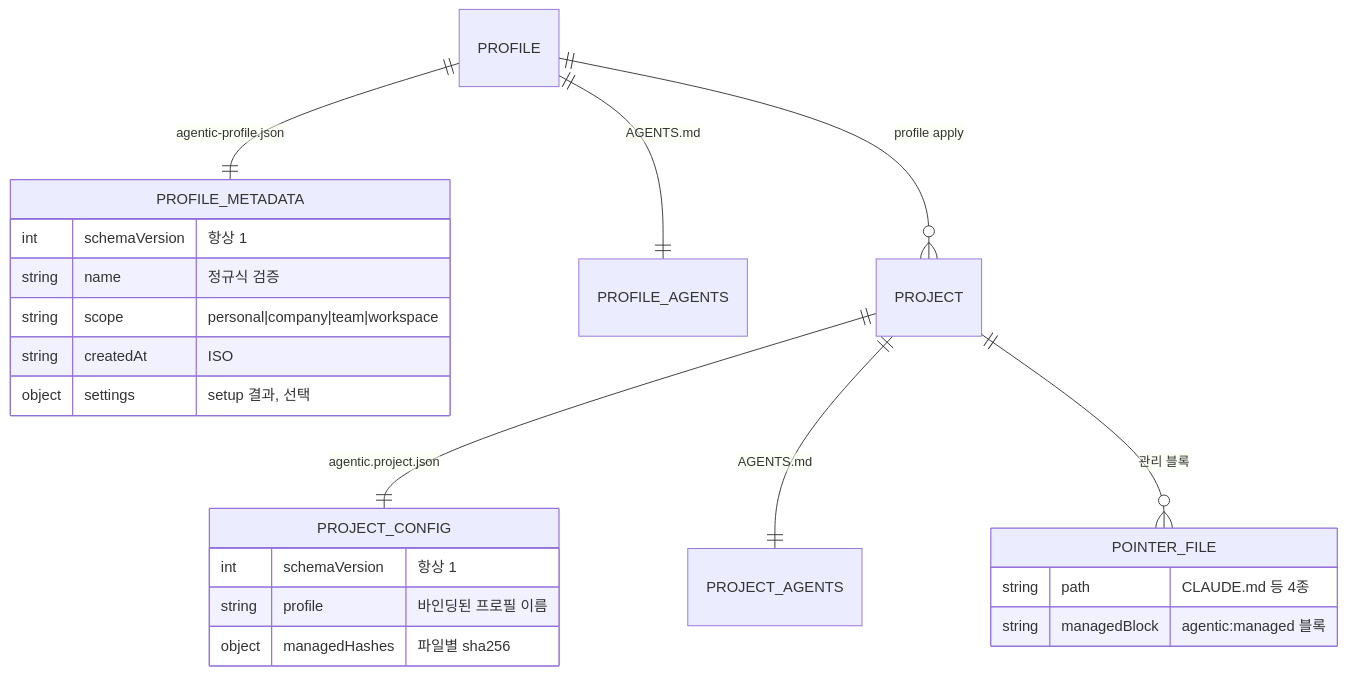
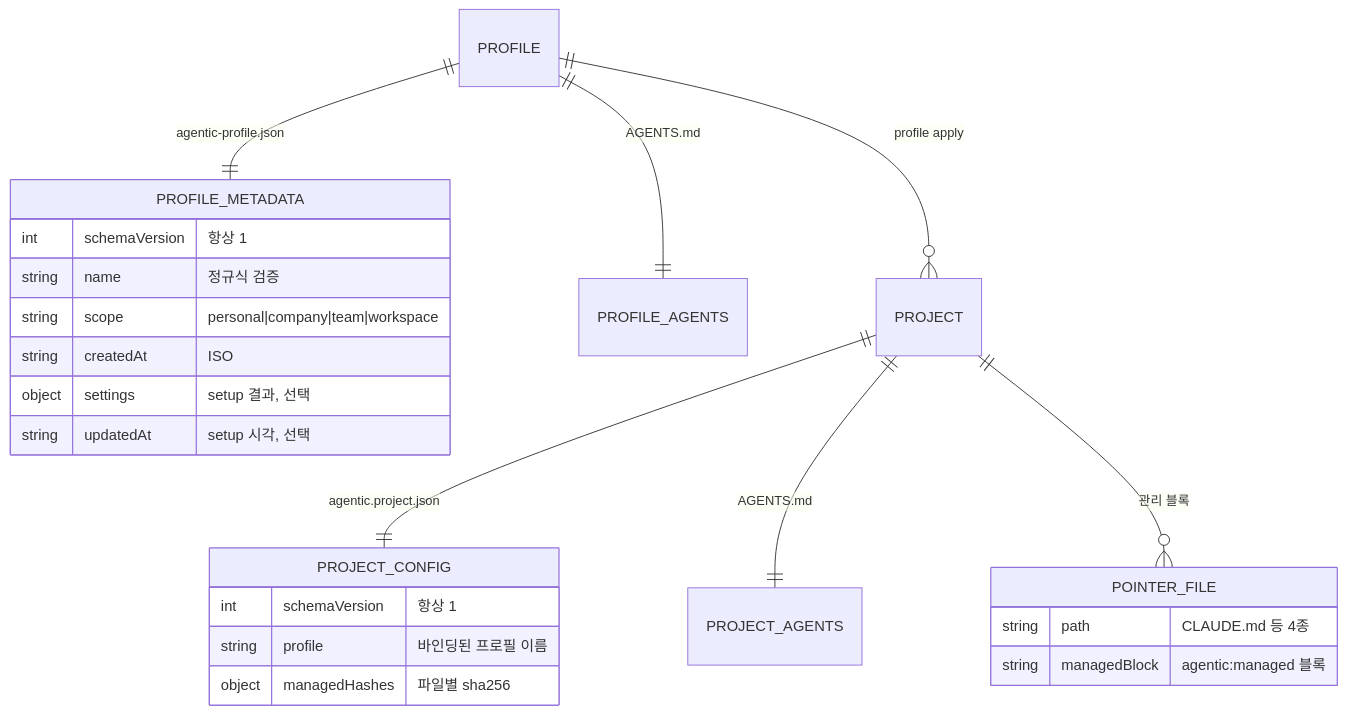
The third of 7 diagrams in docs/architecture/implementation-mechanics.md (IsthisLee/agent-context-manager), drawn with Mermaid before and after one commit. The commit also changed other lines of this file and 30 other files, not shown here.

````diff
--- a/docs/architecture/implementation-mechanics.md
+++ b/docs/architecture/implementation-mechanics.md
@@ -117,25 +118,26 @@
 ```mermaid
 erDiagram
   PROFILE ||--|| PROFILE_METADATA : "agentic-profile.json"
   PROFILE ||--|| PROFILE_AGENTS : "AGENTS.md"
   PROFILE ||--o{ PROJECT : "profile apply"
   PROJECT ||--|| PROJECT_CONFIG : "agentic.project.json"
   PROJECT ||--|| PROJECT_AGENTS : "AGENTS.md"
   PROJECT ||--o{ POINTER_FILE : "관리 블록"
   PROFILE_METADATA {
     int schemaVersion "항상 1"
     string name "정규식 검증"
     string scope "personal|company|team|workspace"
     string createdAt "ISO"
     object settings "setup 결과, 선택"
+    string updatedAt "setup 시각, 선택"
   }
   PROJECT_CONFIG {
     int schemaVersion "항상 1"
     string profile "바인딩된 프로필 이름"
     object managedHashes "파일별 sha256"
   }
   POINTER_FILE {
     string path "CLAUDE.md 등 4종"
     string managedBlock "agentic:managed 블록"
   }
 ```
````
